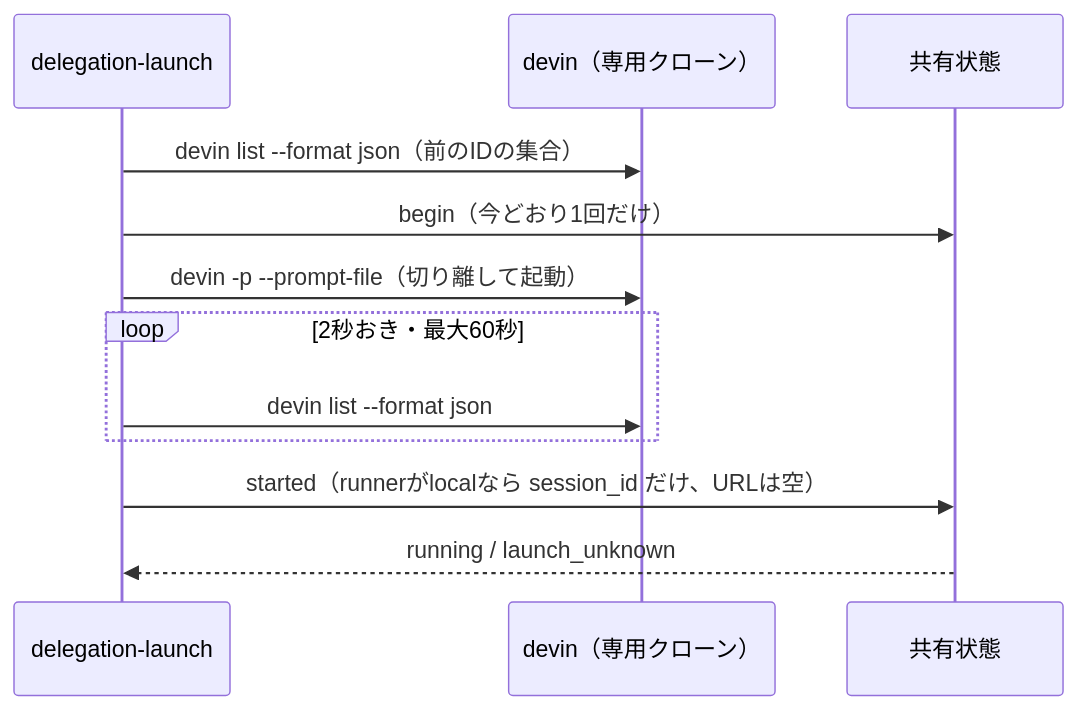
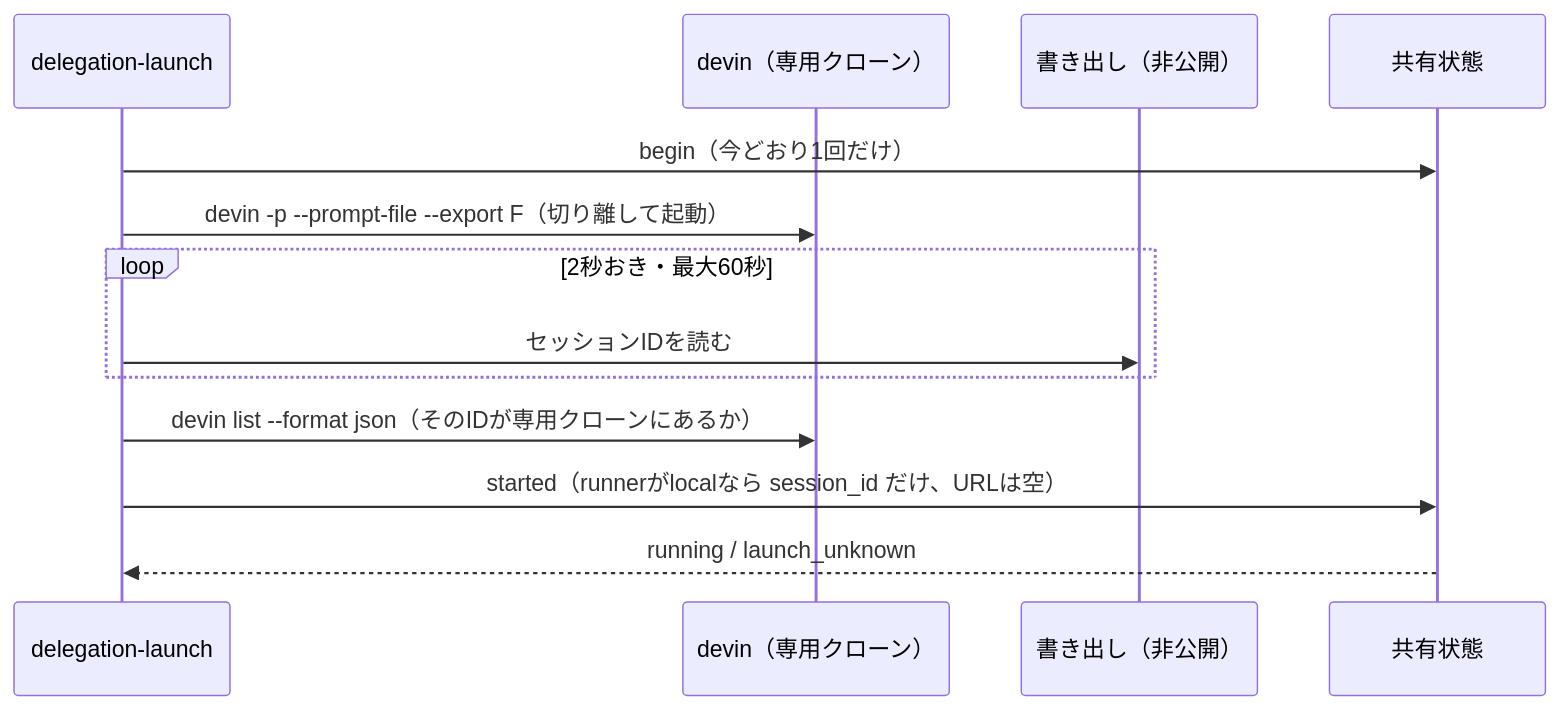
One commit to oze-xxbumpxx/Tomotabi changed the second of 2 diagrams in docs/designs/devin-local-session.md. Above: the diagram before and after it, drawn with Mermaid. The commit also changed other lines of this file and 1 other file, not shown here.

First line of the commit message:
docs: 手元のセッションのIDを、起動ごとの書き出し（--export）で確定する設計に直す

````diff
--- a/docs/designs/devin-local-session.md
+++ b/docs/designs/devin-local-session.md
@@ -66,14 +72,15 @@
 ```mermaid
 sequenceDiagram
   participant L as delegation-launch
   participant D as devin（専用クローン）
+  participant F as 書き出し（非公開）
   participant S as 共有状態
-  L->>D: devin list --format json（前のIDの集合）
   L->>S: begin（今どおり1回だけ）
-  L->>D: devin -p --prompt-file（切り離して起動）
+  L->>D: devin -p --prompt-file --export F（切り離して起動）
   loop 2秒おき・最大60秒
-    L->>D: devin list --format json
+    L->>F: セッションIDを読む
   end
+  L->>D: devin list --format json（そのIDが専用クローンにあるか）
   L->>S: started（runnerがlocalなら session_id だけ、URLは空）
   S-->>L: running / launch_unknown
 ```
````
